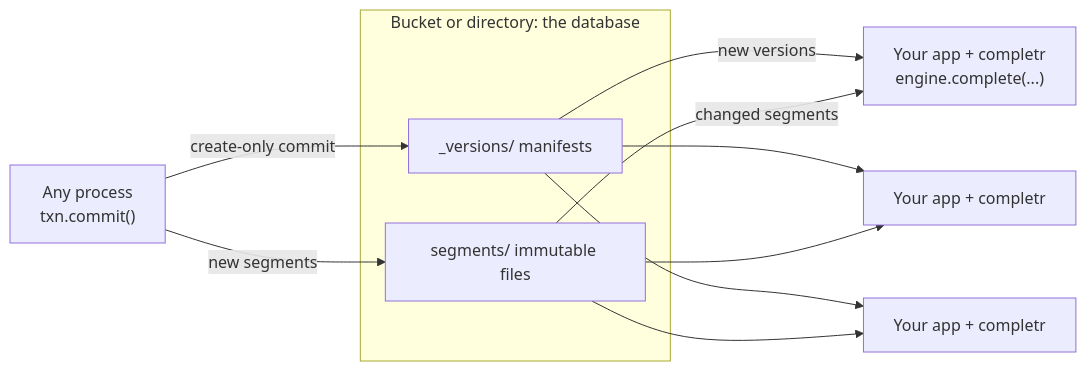
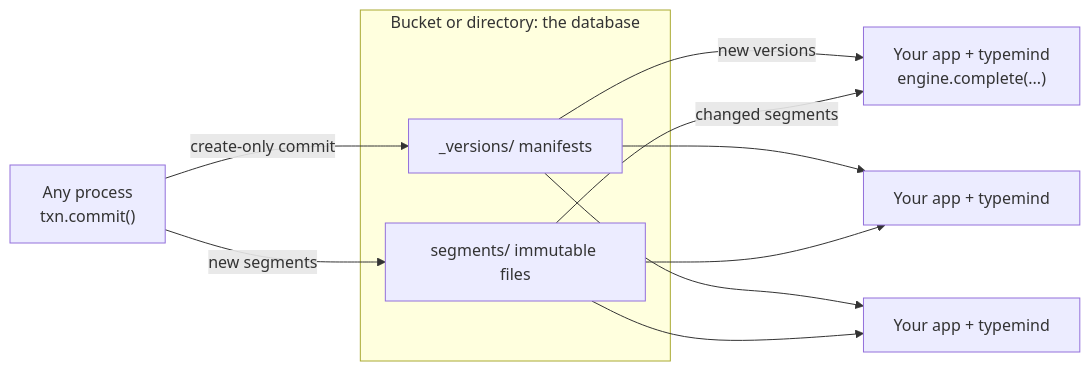
The diagram in README.md (sayef/completype), drawn with Mermaid before and after one commit. The commit also changed other lines of this file and 197 other files, not shown here.

````diff
--- a/README.md
+++ b/README.md
@@ -63,15 +66,15 @@
 ```mermaid
 flowchart LR
     W["Any process<br/>txn.commit()"] -- "create-only commit" --> M
     W -- "new segments" --> S
     subgraph B["Bucket or directory: the database"]
         M["_versions/ manifests"]
         S["segments/ immutable files"]
     end
-    M -- "new versions" --> F1["Your app + completr<br/>engine.complete(...)"]
+    M -- "new versions" --> F1["Your app + typemind<br/>engine.complete(...)"]
     S -- "changed segments" --> F1
-    M --> F2["Your app + completr"]
+    M --> F2["Your app + typemind"]
     S --> F2
-    M --> F3["Your app + completr"]
+    M --> F3["Your app + typemind"]
     S --> F3
 ```
````
